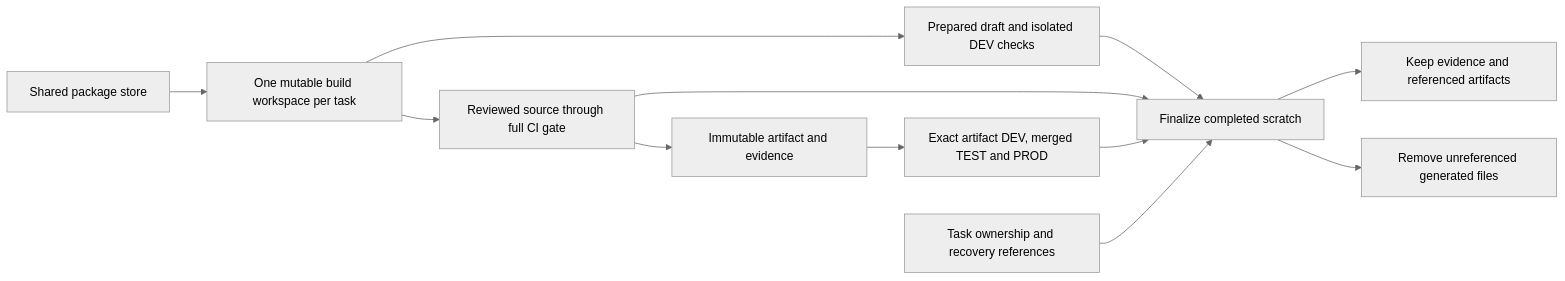
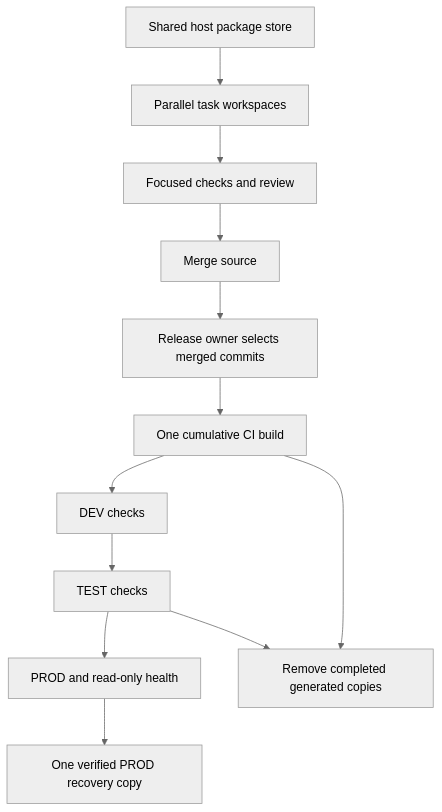
One commit to coletaylor788/puddles changed the diagram in docs/plans/044-development-storage-lifecycle.md. Above: the diagram before and after it, drawn with Mermaid (neutral theme). The commit also changed other lines of this file and 8 other files, not shown here.

Commit message:
docs: simplify parallel development and release promotion

````diff
--- a/docs/plans/044-development-storage-lifecycle.md
+++ b/docs/plans/044-development-storage-lifecycle.md
@@ -22,14 +21,14 @@
 ```mermaid
-flowchart LR
-    C[Shared package store] --> W[One mutable build workspace per task]
-    W --> D[Prepared draft and isolated DEV checks]
-    W --> F[Reviewed source through full CI gate]
-    F --> A[Immutable artifact and evidence]
-    A --> T[Exact artifact DEV, merged TEST and PROD]
-    D --> X[Finalize completed scratch]
-    F --> X
-    T --> X
-    R[Task ownership and recovery references] --> X
-    X --> E[Keep evidence and referenced artifacts]
-    X --> G[Remove unreferenced generated files]
+flowchart TD
+    Tasks[Parallel task workspaces] --> Checks[Focused checks and review]
+    Cache[Shared host package store] --> Tasks
+    Checks --> Main[Merge source]
+    Main --> Pin[Release owner selects merged commits]
+    Pin --> CI[One cumulative CI build]
+    CI --> DEV[DEV checks]
+    DEV --> TEST[TEST checks]
+    TEST --> PROD[PROD and read-only health]
+    PROD --> Recovery[One verified PROD recovery copy]
+    TEST --> Cleanup[Remove completed generated copies]
+    CI --> Cleanup
 ```
````
